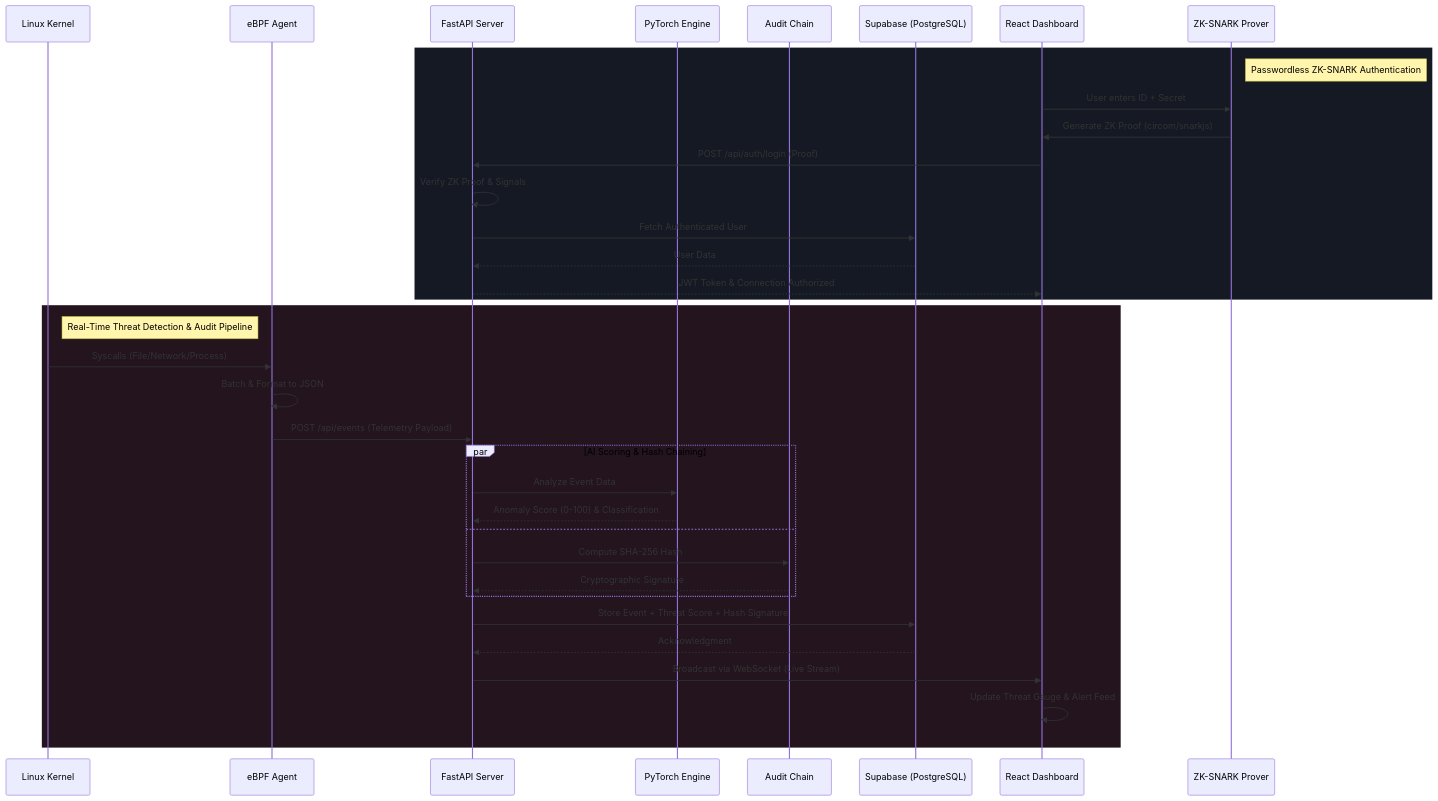
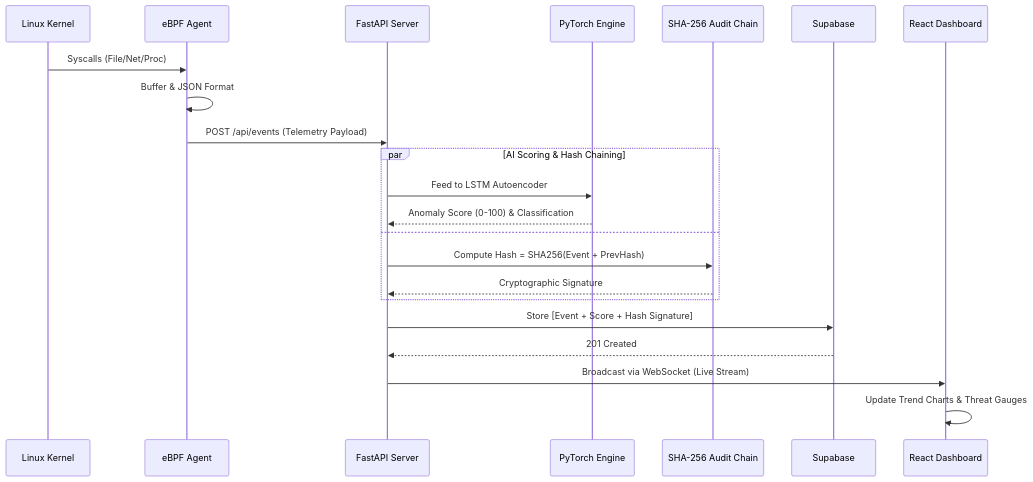
The first of 2 diagrams in README.md (Patel-Priyank-1602/AEGIS), drawn with Mermaid before and after one commit. The commit also changed other lines of this file and 4 other files, not shown here.

````diff
--- a/README.md
+++ b/README.md
@@ -44,45 +72,28 @@
 ```mermaid
 sequenceDiagram
     participant OS as Linux Kernel
     participant Agent as eBPF Agent
     participant Backend as FastAPI Server
     participant AI as PyTorch Engine
-    participant Crypto as Audit Chain
-    participant DB as Supabase (PostgreSQL)
+    participant Crypto as SHA-256 Audit Chain
+    participant DB as Supabase
     participant UI as React Dashboard
-    participant ZK as ZK-SNARK Prover
 
-    %% Authentication Phase
-    rect rgb(20, 25, 35)
-    note right of ZK: Passwordless ZK-SNARK Authentication
-    UI->>ZK: User enters ID + Secret
-    ZK->>UI: Generate ZK Proof (circom/snarkjs)
-    UI->>Backend: POST /api/auth/login (Proof)
-    Backend->>Backend: Verify ZK Proof & Signals
-    Backend->>DB: Fetch Authenticated User
-    DB-->>Backend: User Data
-    Backend-->>UI: JWT Token & Connection Authorized
-    end
-
-    %% Threat Detection Pipeline
-    rect rgb(35, 20, 30)
-    note right of OS: Real-Time Threat Detection & Audit Pipeline
-    OS->>Agent: Syscalls (File/Network/Process)
-    Agent->>Agent: Batch & Format to JSON
+    OS->>Agent: Syscalls (File/Net/Proc)
+    Agent->>Agent: Buffer & JSON Format
     Agent->>Backend: POST /api/events (Telemetry Payload)
     
     par AI Scoring & Hash Chaining
-        Backend->>AI: Analyze Event Data
+        Backend->>AI: Feed to LSTM Autoencoder
         AI-->>Backend: Anomaly Score (0-100) & Classification
     and
-        Backend->>Crypto: Compute SHA-256 Hash
+        Backend->>Crypto: Compute Hash = SHA256(Event + PrevHash)
         Crypto-->>Backend: Cryptographic Signature
     end
 
-    Backend->>DB: Store Event + Threat Score + Hash Signature
-    DB-->>Backend: Acknowledgment
+    Backend->>DB: Store [Event + Score + Hash Signature]
+    DB-->>Backend: 201 Created
     
     Backend->>UI: Broadcast via WebSocket (Live Stream)
-    UI->>UI: Update Threat Gauge & Alert Feed
-    end
+    UI->>UI: Update Trend Charts & Threat Gauges
 ```
````
